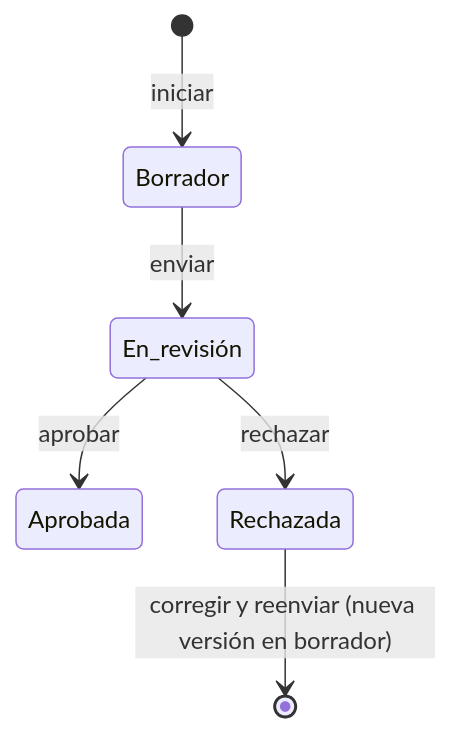
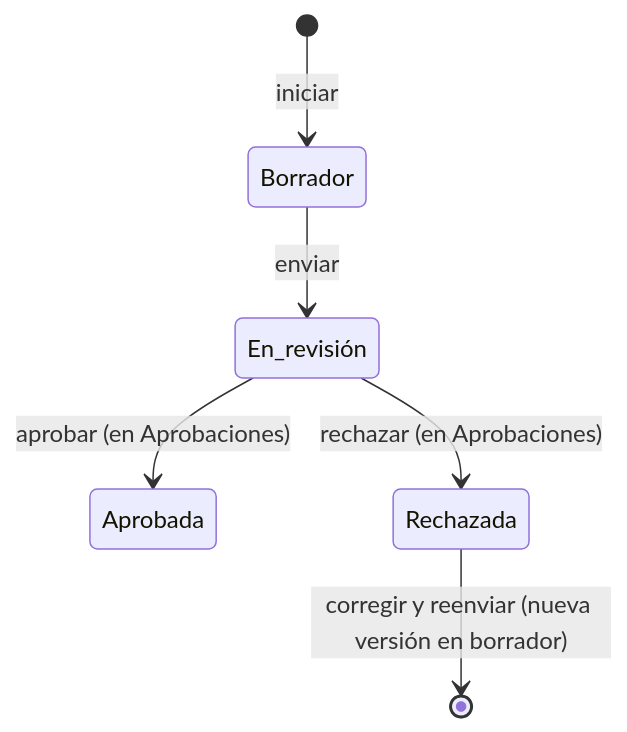
Before and after one commit to albarracingarciap/fluxion-saas: the diagram in docs/funcional/aisia.md, drawn with Mermaid. The commit also changed other lines of this file and 37 other files, not shown here.

````diff
--- a/docs/funcional/aisia.md
+++ b/docs/funcional/aisia.md
@@ -109,8 +118,8 @@
 ```mermaid
 stateDiagram-v2
   [*] --> Borrador: iniciar
   Borrador --> En_revisión: enviar
-  En_revisión --> Aprobada: aprobar
-  En_revisión --> Rechazada: rechazar
+  En_revisión --> Aprobada: aprobar (en Aprobaciones)
+  En_revisión --> Rechazada: rechazar (en Aprobaciones)
   Rechazada --> [*]: corregir y reenviar (nueva versión en borrador)
 ```
````
